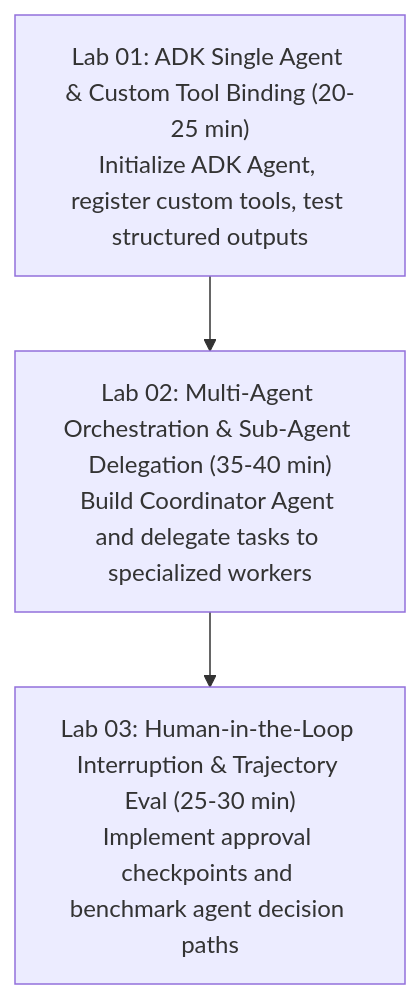
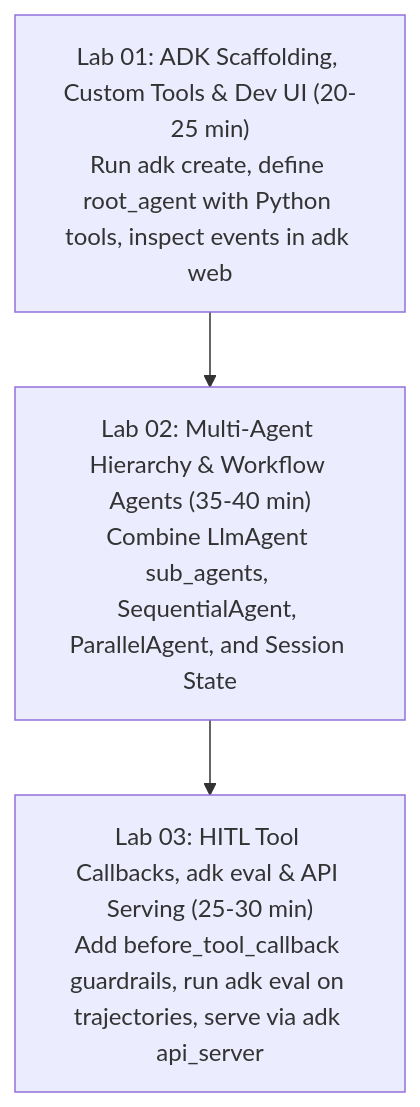
The second of 2 diagrams in skills/adk-workshop-builder/SKILL.md (JAICHANGPARK/workshop-harness), drawn with Mermaid before and after one commit. The commit also changed other lines of this file and 15 other files, not shown here.

Commit message:
feat(agents-cli): add agents-cli-workshop-builder skill, 2026 model catalog audit CLI, and multi-agent ADLC scaffolding

````diff
--- a/skills/adk-workshop-builder/SKILL.md
+++ b/skills/adk-workshop-builder/SKILL.md
@@ -58,8 +73,8 @@
 ```mermaid
 flowchart TD
-    Lab1["Lab 01: ADK Single Agent & Custom Tool Binding (20-25 min)<br>Initialize ADK Agent, register custom tools, test structured outputs"]
-    Lab2["Lab 02: Multi-Agent Orchestration & Sub-Agent Delegation (35-40 min)<br>Build Coordinator Agent and delegate tasks to specialized workers"]
-    Lab3["Lab 03: Human-in-the-Loop Interruption & Trajectory Eval (25-30 min)<br>Implement approval checkpoints and benchmark agent decision paths"]
+    Lab1["Lab 01: ADK Scaffolding, Custom Tools & Dev UI (20-25 min)<br>Run adk create, define root_agent with Python tools, inspect events in adk web"]
+    Lab2["Lab 02: Multi-Agent Hierarchy & Workflow Agents (35-40 min)<br>Combine LlmAgent sub_agents, SequentialAgent, ParallelAgent, and Session State"]
+    Lab3["Lab 03: HITL Tool Callbacks, adk eval & API Serving (25-30 min)<br>Add before_tool_callback guardrails, run adk eval on trajectories, serve via adk api_server"]
 
     Lab1 --> Lab2 --> Lab3
 ```
````
